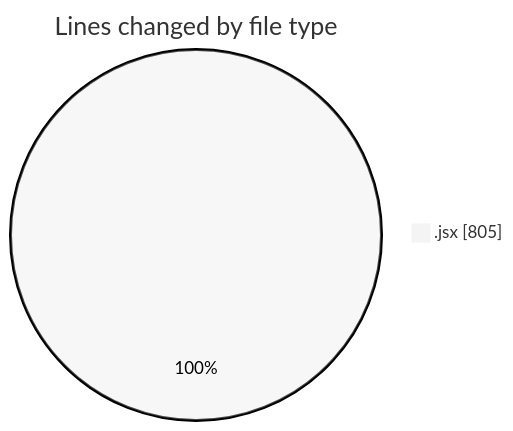
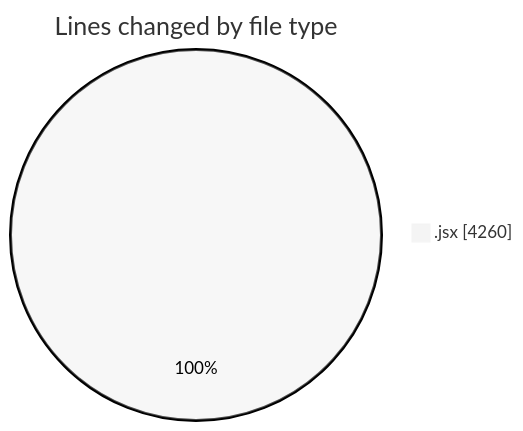
Before and after one commit to nxtqubesakshisongat/code-tracking: the first of 2 diagrams in 2025-09-16/nxtqube_webapp/README.md, drawn with Mermaid (neutral theme). The commit also changed other lines of this file and 1 other file, not shown here.

````diff
--- a/2025-09-16/nxtqube_webapp/README.md
+++ b/2025-09-16/nxtqube_webapp/README.md
@@ -20,5 +20,5 @@
 ```mermaid
 pie showData
 title Lines changed by file type
-".jsx" : 805
+".jsx" : 4260
 ```
````
